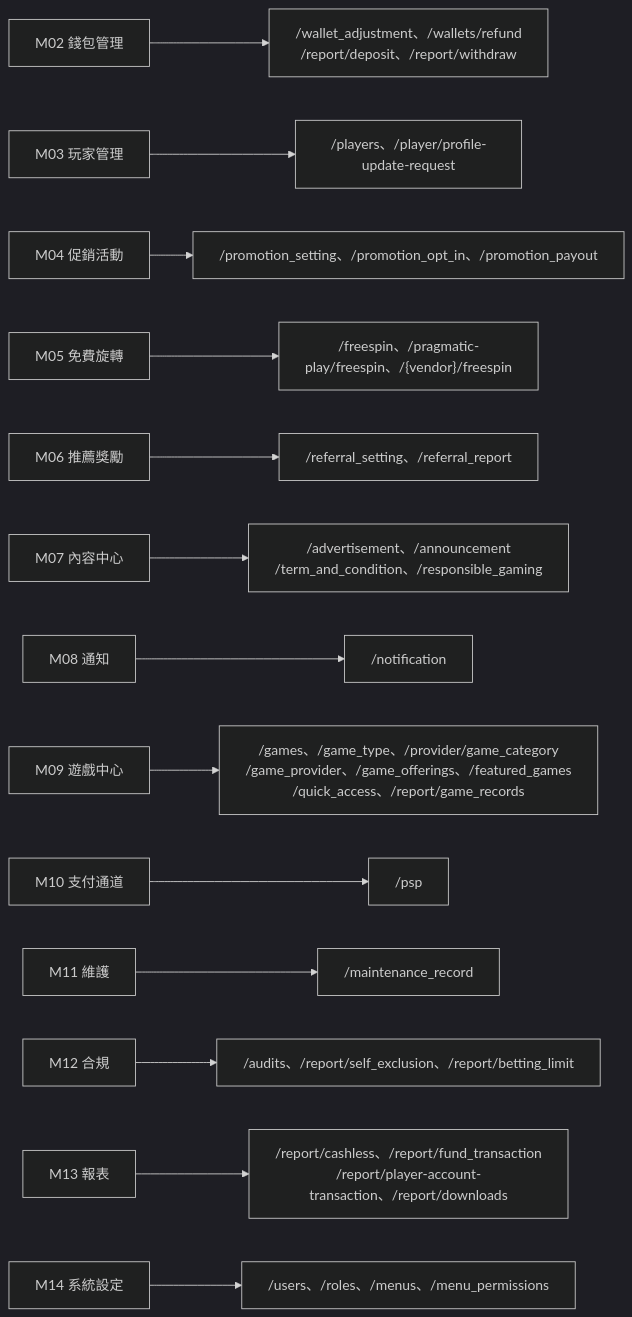
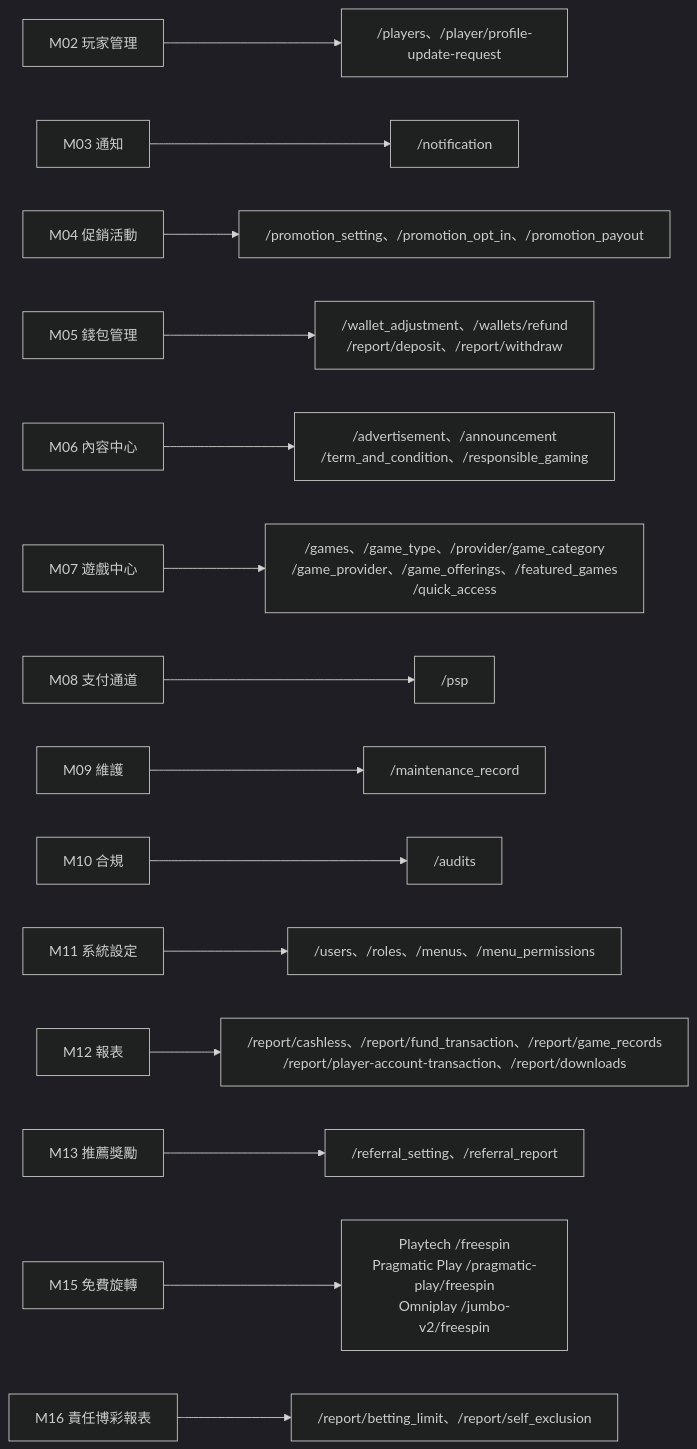
The fifth of 5 diagrams in docs/inventory/03-dev/architecture.md (stanfordmk1992/OKADA_backoffice), drawn with Mermaid (dark theme) before and after one commit. The commit also changed other lines of this file and 52 other files, not shown here.

````diff
--- a/docs/inventory/03-dev/architecture.md
+++ b/docs/inventory/03-dev/architecture.md
@@ -116,16 +116,17 @@
 ```mermaid
 flowchart LR
-  M02["M02 錢包管理"] --> A1["/wallet_adjustment、/wallets/refund<br>/report/deposit、/report/withdraw"]
-  M03["M03 玩家管理"] --> A2["/players、/player/profile-update-request"]
+  M02["M02 玩家管理"] --> A2["/players、/player/profile-update-request"]
+  M03["M03 通知"] --> A7["/notification"]
   M04["M04 促銷活動"] --> A3["/promotion_setting、/promotion_opt_in、/promotion_payout"]
-  M05["M05 免費旋轉"] --> A4["/freespin、/pragmatic-play/freespin、/{vendor}/freespin"]
-  M06["M06 推薦獎勵"] --> A5["/referral_setting、/referral_report"]
-  M07["M07 內容中心"] --> A6["/advertisement、/announcement<br>/term_and_condition、/responsible_gaming"]
-  M08["M08 通知"] --> A7["/notification"]
-  M09["M09 遊戲中心"] --> A8["/games、/game_type、/provider/game_category<br>/game_provider、/game_offerings、/featured_games<br>/quick_access、/report/game_records"]
-  M10["M10 支付通道"] --> A9["/psp"]
-  M11["M11 維護"] --> A10["/maintenance_record"]
-  M12["M12 合規"] --> A11["/audits、/report/self_exclusion、/report/betting_limit"]
-  M13["M13 報表"] --> A12["/report/cashless、/report/fund_transaction<br>/report/player-account-transaction、/report/downloads"]
-  M14["M14 系統設定"] --> A13["/users、/roles、/menus、/menu_permissions"]
+  M05["M05 錢包管理"] --> A1["/wallet_adjustment、/wallets/refund<br>/report/deposit、/report/withdraw"]
+  M06["M06 內容中心"] --> A6["/advertisement、/announcement<br>/term_and_condition、/responsible_gaming"]
+  M07["M07 遊戲中心"] --> A8["/games、/game_type、/provider/game_category<br>/game_provider、/game_offerings、/featured_games<br>/quick_access"]
+  M08["M08 支付通道"] --> A9["/psp"]
+  M09["M09 維護"] --> A10["/maintenance_record"]
+  M10["M10 合規"] --> A11["/audits"]
+  M11["M11 系統設定"] --> A13["/users、/roles、/menus、/menu_permissions"]
+  M12["M12 報表"] --> A12["/report/cashless、/report/fund_transaction、/report/game_records<br>/report/player-account-transaction、/report/downloads"]
+  M13["M13 推薦獎勵"] --> A5["/referral_setting、/referral_report"]
+  M15["M15 免費旋轉"] --> A4["Playtech /freespin<br>Pragmatic Play /pragmatic-play/freespin<br>Omniplay /jumbo-v2/freespin"]
+  M16["M16 責任博彩報表"] --> A14["/report/betting_limit、/report/self_exclusion"]
 ```
````
